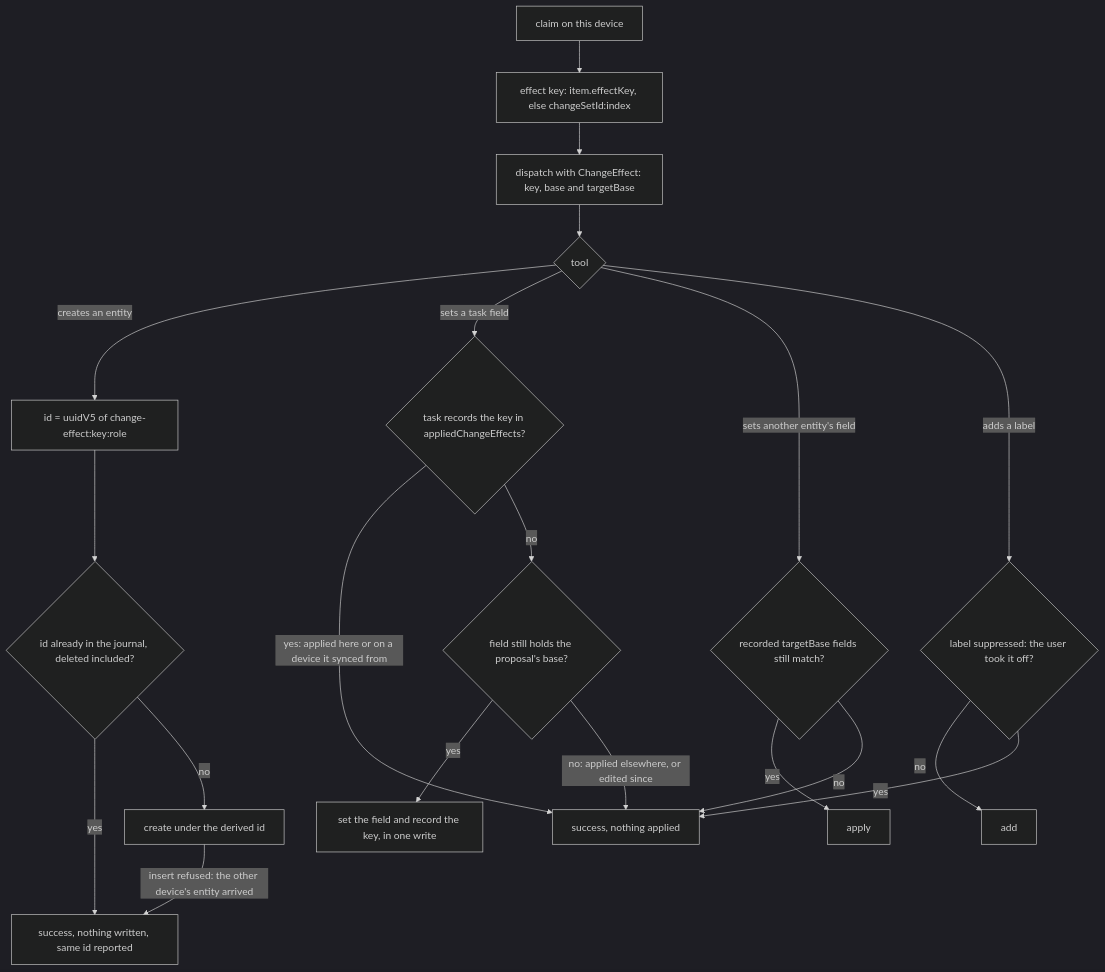
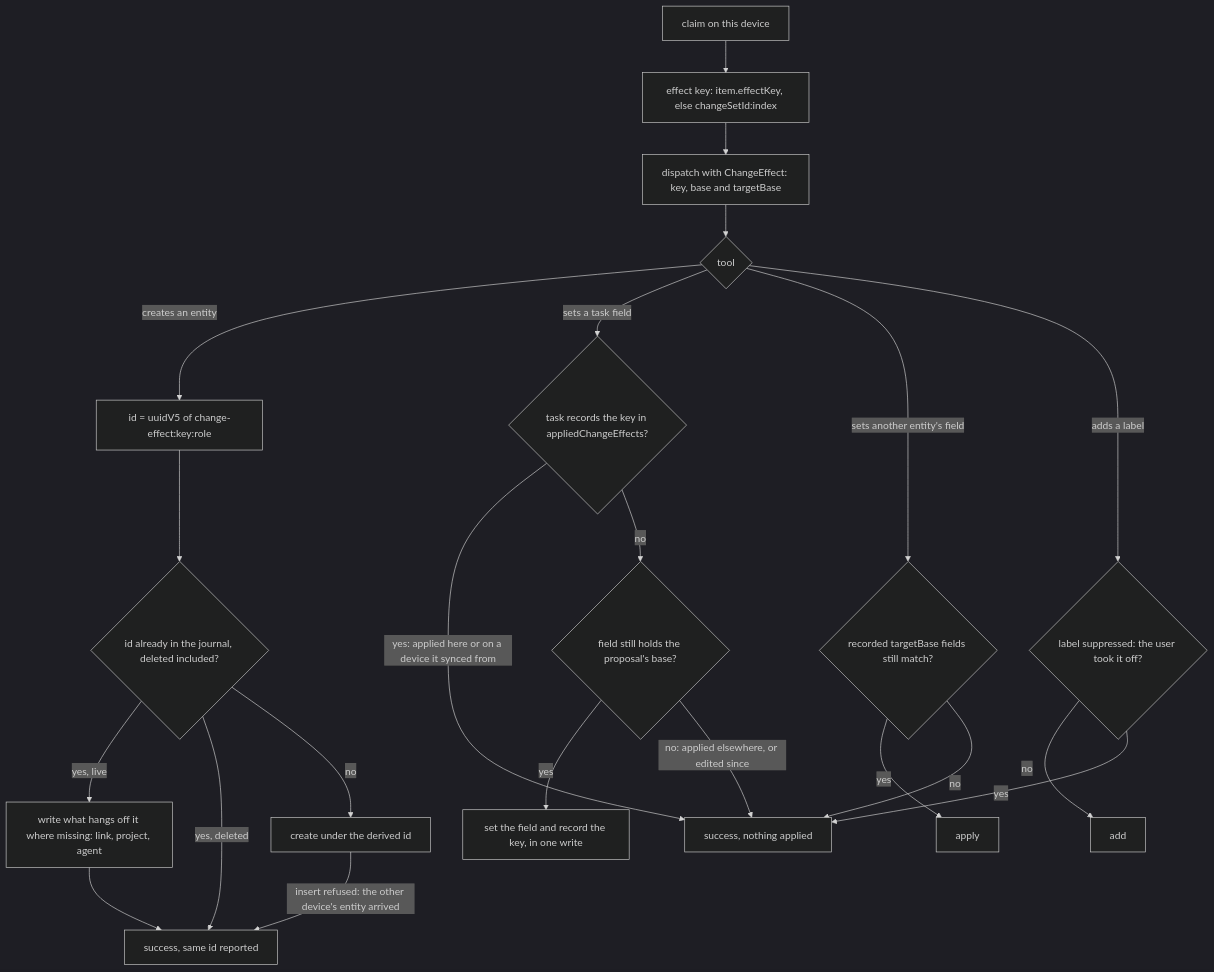
The ninth of 11 diagrams in knowledge/features/agents/task-agents.md (matthiasn/lotti), drawn with Mermaid (dark theme) before and after one commit. The commit also changed other lines of this file and 23 other files, not shown here.

````diff
--- a/knowledge/features/agents/task-agents.md
+++ b/knowledge/features/agents/task-agents.md
@@ -1193,22 +1223,24 @@
 ```mermaid
 flowchart TD
   Confirm[claim on this device] --> Key["effect key: item.effectKey, else changeSetId:index"]
   Key --> Dispatch[dispatch with ChangeEffect: key, base and targetBase]
   Dispatch --> Kind{tool}
   Kind -->|creates an entity| Derived["id = uuidV5 of change-effect:key:role"]
   Derived --> Exists{"id already in the journal, deleted included?"}
-  Exists -->|yes| Noop[success, nothing written, same id reported]
+  Exists -->|yes, live| Tail["write what hangs off it where missing: link, project, agent"]
+  Tail --> Noop[success, same id reported]
+  Exists -->|yes, deleted| Noop
   Exists -->|no| Create[create under the derived id]
   Create -->|insert refused: the other device's entity arrived| Noop
   Kind -->|sets a task field| Mark{"task records the key in appliedChangeEffects?"}
   Mark -->|yes: applied here or on a device it synced from| Skip[success, nothing applied]
   Mark -->|no| Cas{"field still holds the proposal's base?"}
   Cas -->|yes| Apply["set the field and record the key, in one write"]
   Cas -->|no: applied elsewhere, or edited since| Skip
   Kind -->|sets another entity's field| TCas{"recorded targetBase fields still match?"}
   TCas -->|yes| TApply[apply]
   TCas -->|no| Skip
   Kind -->|adds a label| Supp{"label suppressed: the user took it off?"}
   Supp -->|no| Add[add]
   Supp -->|yes| Skip
 ```
````
